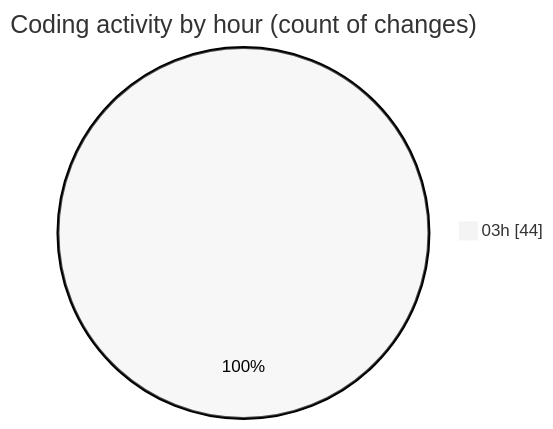
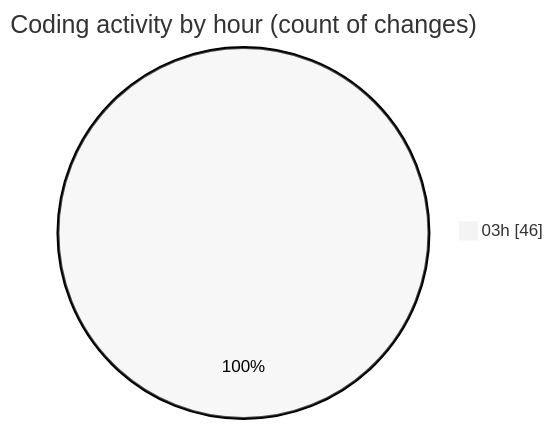
One commit to lephambinh05/code-tracking changed the second of 2 diagrams in 2025-08-09/napxuvn/README.md. Above: the diagram before and after it, drawn with Mermaid (neutral theme). The commit also changed other lines of this file and 1 other file, not shown here.

````diff
--- a/2025-08-09/napxuvn/README.md
+++ b/2025-08-09/napxuvn/README.md
@@ -70,5 +72,5 @@
 ```mermaid
 pie showData
 title Coding activity by hour (count of changes)
-"03h" : 44
+"03h" : 46
 ```
````
